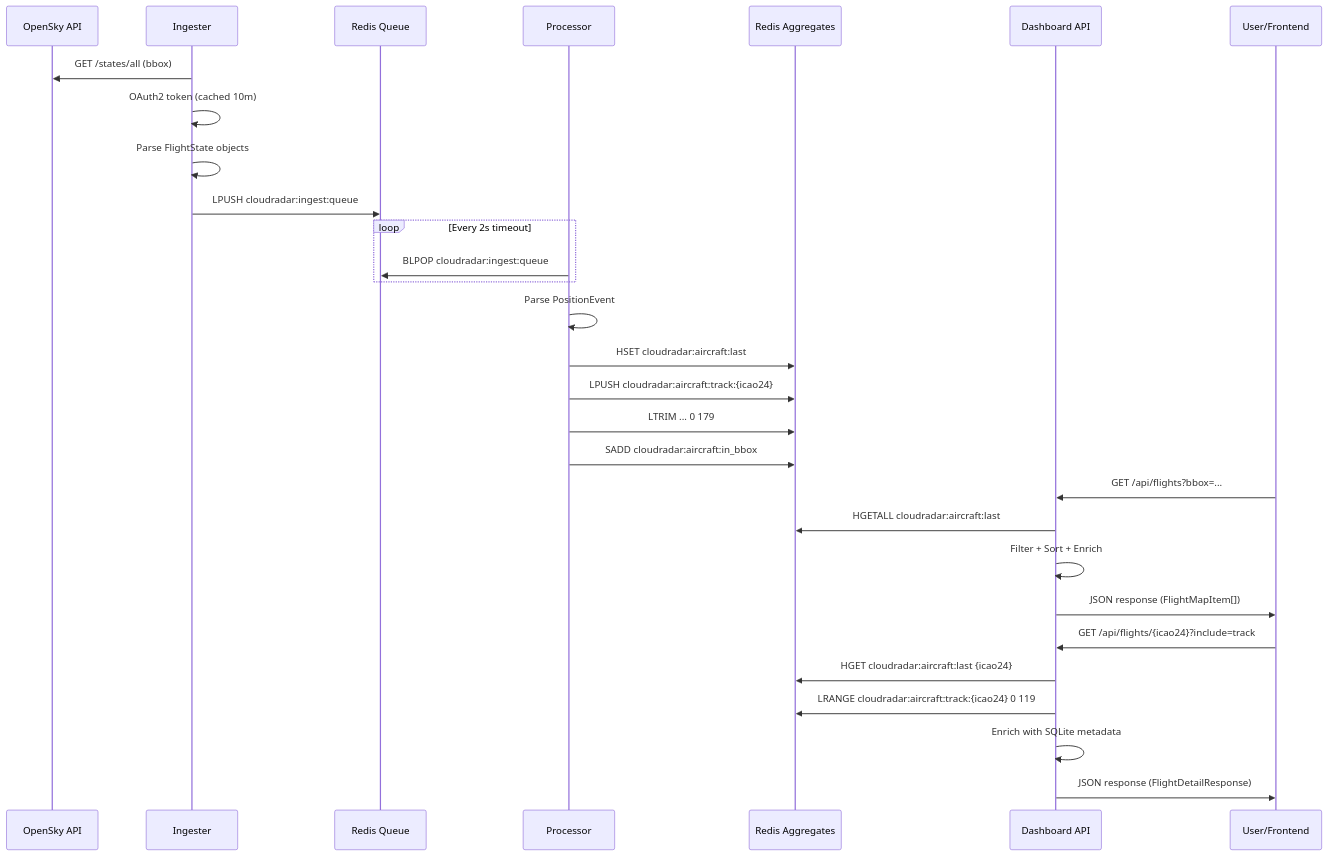
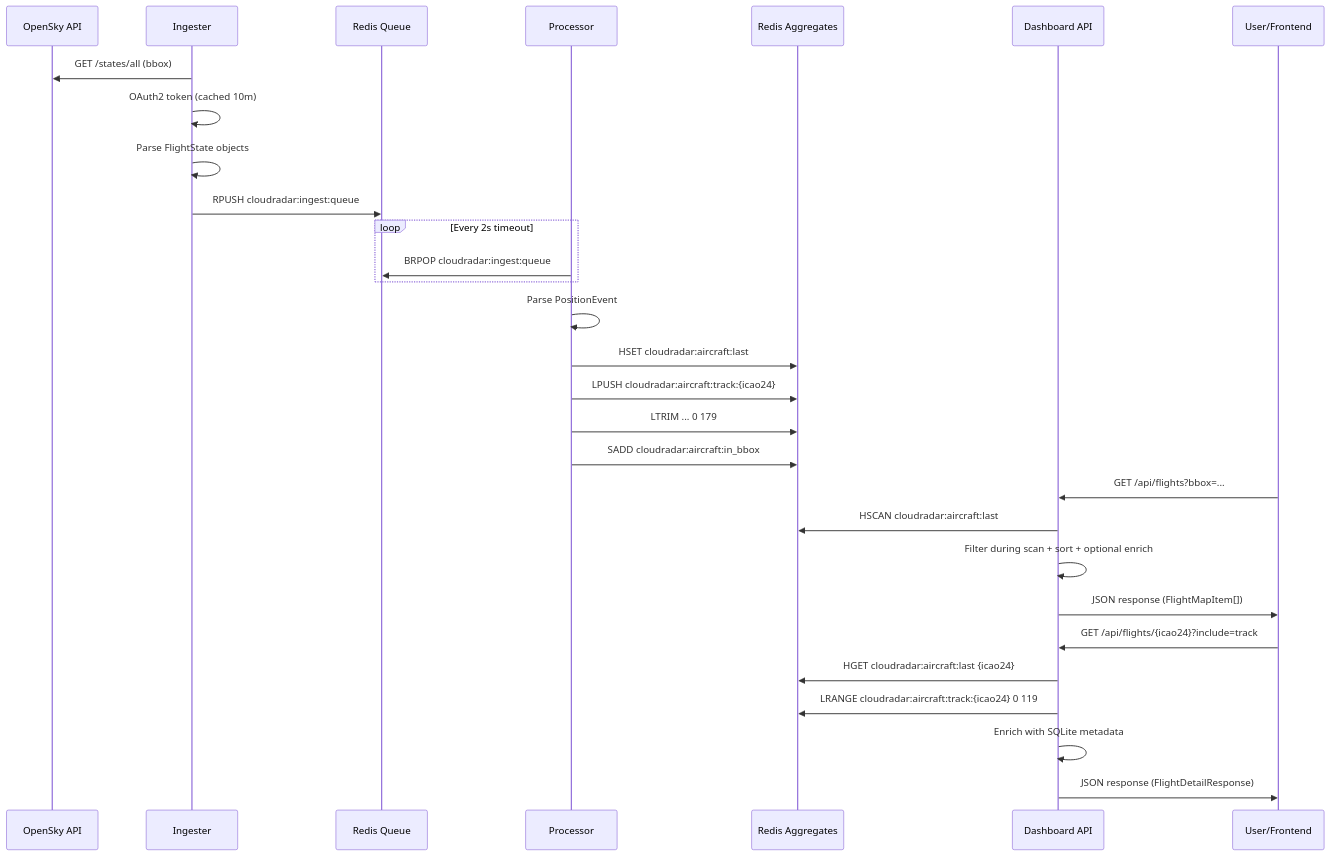
Before and after one commit to ClementV78/CloudRadar: the seventh of 28 diagrams in docs/architecture/technical-architecture-document.md, drawn with Mermaid. The commit also changed other lines of this file and 1 other file, not shown here.

First line of the commit message:
docs(architecture): align technical architecture docs

````diff
--- a/docs/architecture/technical-architecture-document.md
+++ b/docs/architecture/technical-architecture-document.md
@@ -212,36 +221,36 @@
 ```mermaid
 sequenceDiagram
     participant O as OpenSky API
     participant I as Ingester
     participant Q as Redis Queue
     participant P as Processor
     participant A as Redis Aggregates
     participant D as Dashboard API
     participant U as User/Frontend
 
     I->>O: GET /states/all (bbox)
     I->>I: OAuth2 token (cached 10m)
     I->>I: Parse FlightState objects
-    I->>Q: LPUSH cloudradar:ingest:queue
+    I->>Q: RPUSH cloudradar:ingest:queue
     
     loop Every 2s timeout
-        P->>Q: BLPOP cloudradar:ingest:queue
+        P->>Q: BRPOP cloudradar:ingest:queue
     end
     
     P->>P: Parse PositionEvent
     P->>A: HSET cloudradar:aircraft:last
     P->>A: LPUSH cloudradar:aircraft:track:{icao24}
     P->>A: LTRIM ... 0 179
     P->>A: SADD cloudradar:aircraft:in_bbox
 
     U->>D: GET /api/flights?bbox=...
-    D->>A: HGETALL cloudradar:aircraft:last
-    D->>D: Filter + Sort + Enrich
+    D->>A: HSCAN cloudradar:aircraft:last
+    D->>D: Filter during scan + sort + optional enrich
     D->>U: JSON response (FlightMapItem[])
 
     U->>D: GET /api/flights/{icao24}?include=track
     D->>A: HGET cloudradar:aircraft:last {icao24}
     D->>A: LRANGE cloudradar:aircraft:track:{icao24} 0 119
     D->>D: Enrich with SQLite metadata
     D->>U: JSON response (FlightDetailResponse)
 ```
````
